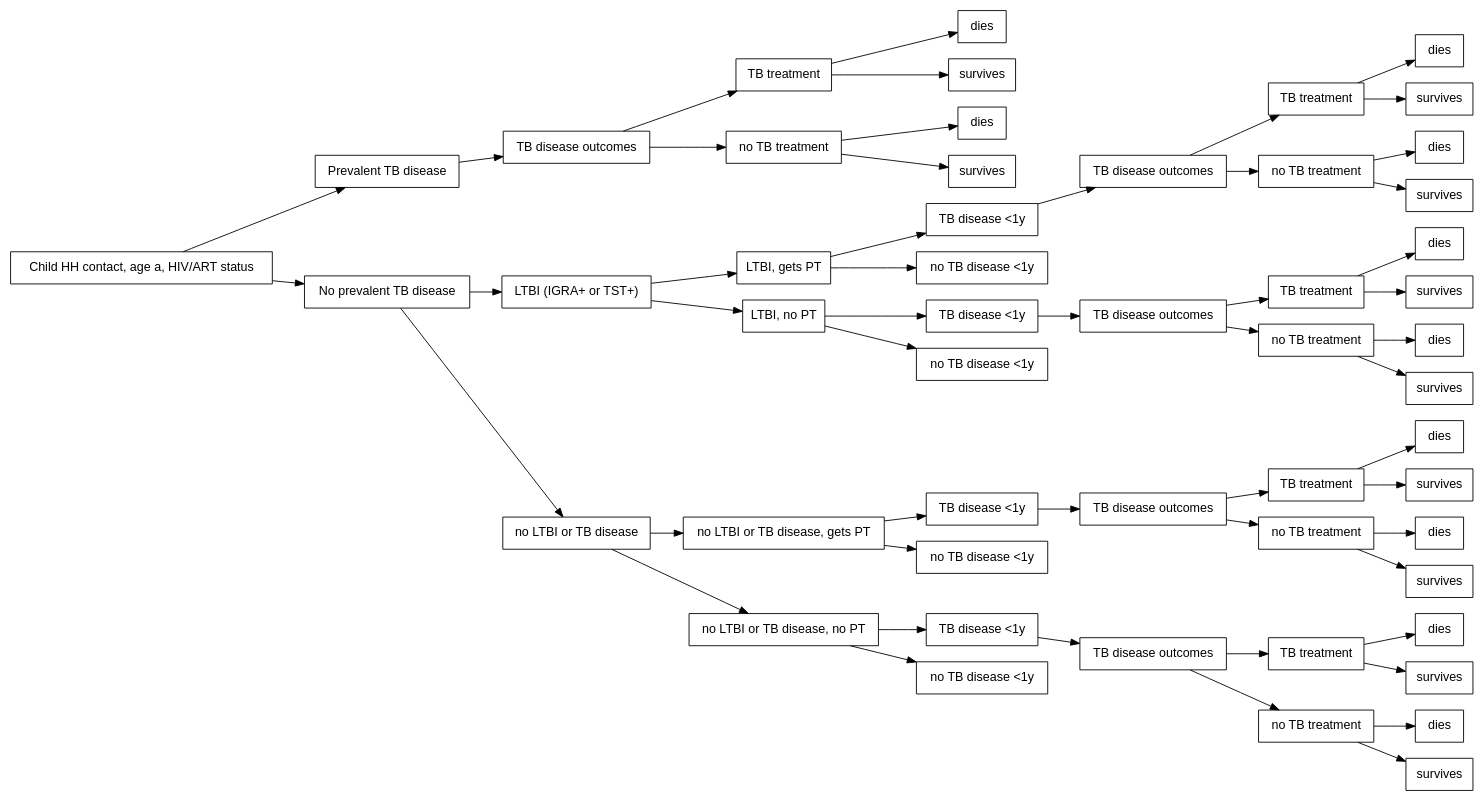
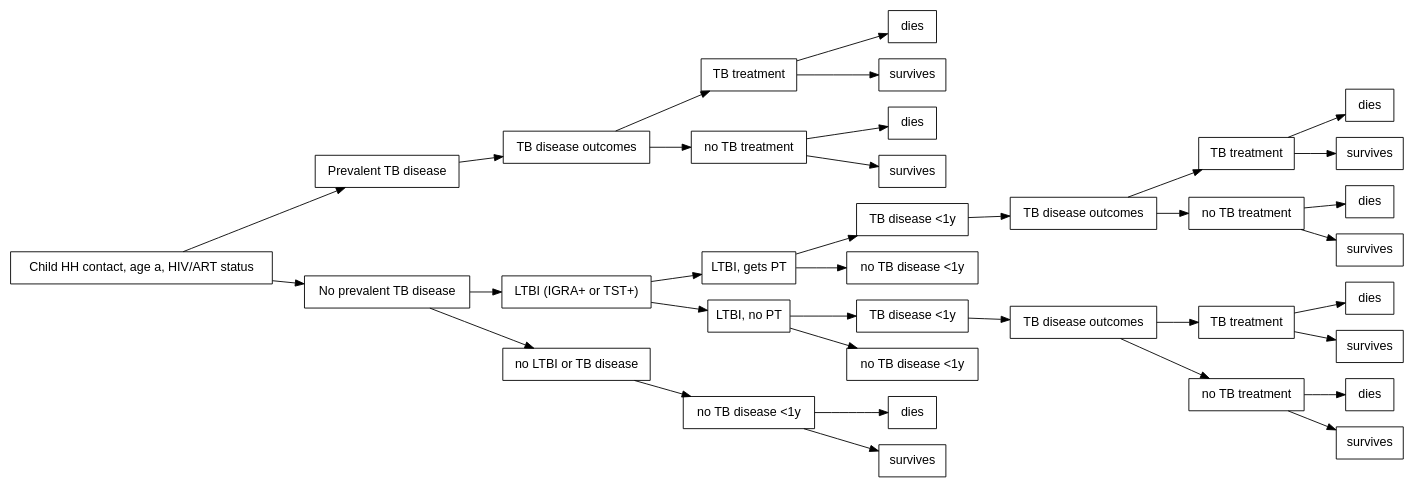
Before and after one commit to petedodd/PINT: the diagram in graphs/3simpletree.dot, drawn with Graphviz.

Commit message:
Simplified Fig1

```diff
--- a/graphs/3simpletree.dot
+++ b/graphs/3simpletree.dot
@@ -1,110 +1,77 @@
 digraph {
 
 graph [layout = "dot",
        rankdir = "LR"]
-
-
+// generated automatically by HEdtree; edited by hand to simplify turned off subtree
+       // nodes
   "1" [label = "Child HH contact, age a, HIV/ART status", fontname = "helvetica", shape = "box", fillcolor = "#FFFFFF", fontcolor = "#000000"] 
   "2" [label = "Prevalent TB disease", fontname = "helvetica", shape = "box", fillcolor = "#FFFFFF", fontcolor = "#000000"] 
   "3" [label = "TB disease outcomes", fontname = "helvetica", shape = "box", fillcolor = "#FFFFFF", fontcolor = "#000000"] 
   "4" [label = "TB treatment", fontname = "helvetica", shape = "box", fillcolor = "#FFFFFF", fontcolor = "#000000"] 
   "5" [label = "dies", fontname = "helvetica", shape = "box", fillcolor = "#FFFFFF", fontcolor = "#000000"] 
   "6" [label = "survives", fontname = "helvetica", shape = "box", fillcolor = "#FFFFFF", fontcolor = "#000000"] 
   "7" [label = "no TB treatment", fontname = "helvetica", shape = "box", fillcolor = "#FFFFFF", fontcolor = "#000000"] 
   "8" [label = "dies", fontname = "helvetica", shape = "box", fillcolor = "#FFFFFF", fontcolor = "#000000"] 
   "9" [label = "survives", fontname = "helvetica", shape = "box", fillcolor = "#FFFFFF", fontcolor = "#000000"] 
   "10" [label = "No prevalent TB disease", fontname = "helvetica", shape = "box", fillcolor = "#FFFFFF", fontcolor = "#000000"] 
   "11" [label = "LTBI (IGRA+ or TST+)", fontname = "helvetica", shape = "box", fillcolor = "#FFFFFF", fontcolor = "#000000"] 
   "12" [label = "LTBI, gets PT", fontname = "helvetica", shape = "box", fillcolor = "#FFFFFF", fontcolor = "#000000"] 
   "13" [label = "TB disease <1y", fontname = "helvetica", shape = "box", fillcolor = "#FFFFFF", fontcolor = "#000000"] 
   "14" [label = "TB disease outcomes", fontname = "helvetica", shape = "box", fillcolor = "#FFFFFF", fontcolor = "#000000"] 
   "15" [label = "TB treatment", fontname = "helvetica", shape = "box", fillcolor = "#FFFFFF", fontcolor = "#000000"] 
   "16" [label = "dies", fontname = "helvetica", shape = "box", fillcolor = "#FFFFFF", fontcolor = "#000000"] 
   "17" [label = "survives", fontname = "helvetica", shape = "box", fillcolor = "#FFFFFF", fontcolor = "#000000"] 
   "18" [label = "no TB treatment", fontname = "helvetica", shape = "box", fillcolor = "#FFFFFF", fontcolor = "#000000"] 
   "19" [label = "dies", fontname = "helvetica", shape = "box", fillcolor = "#FFFFFF", fontcolor = "#000000"] 
   "20" [label = "survives", fontname = "helvetica", shape = "box", fillcolor = "#FFFFFF", fontcolor = "#000000"] 
   "21" [label = "no TB disease <1y", fontname = "helvetica", shape = "box", fillcolor = "#FFFFFF", fontcolor = "#000000"] 
   "22" [label = "LTBI, no PT", fontname = "helvetica", shape = "box", fillcolor = "#FFFFFF", fontcolor = "#000000"] 
   "23" [label = "TB disease <1y", fontname = "helvetica", shape = "box", fillcolor = "#FFFFFF", fontcolor = "#000000"] 
   "24" [label = "TB disease outcomes", fontname = "helvetica", shape = "box", fillcolor = "#FFFFFF", fontcolor = "#000000"] 
   "25" [label = "TB treatment", fontname = "helvetica", shape = "box", fillcolor = "#FFFFFF", fontcolor = "#000000"] 
   "26" [label = "dies", fontname = "helvetica", shape = "box", fillcolor = "#FFFFFF", fontcolor = "#000000"] 
   "27" [label = "survives", fontname = "helvetica", shape = "box", fillcolor = "#FFFFFF", fontcolor = "#000000"] 
   "28" [label = "no TB treatment", fontname = "helvetica", shape = "box", fillcolor = "#FFFFFF", fontcolor = "#000000"] 
   "29" [label = "dies", fontname = "helvetica", shape = "box", fillcolor = "#FFFFFF", fontcolor = "#000000"] 
   "30" [label = "survives", fontname = "helvetica", shape = "box", fillcolor = "#FFFFFF", fontcolor = "#000000"] 
   "31" [label = "no TB disease <1y", fontname = "helvetica", shape = "box", fillcolor = "#FFFFFF", fontcolor = "#000000"] 
   "32" [label = "no LTBI or TB disease", fontname = "helvetica", shape = "box", fillcolor = "#FFFFFF", fontcolor = "#000000"] 
-  "33" [label = "no LTBI or TB disease, gets PT", fontname = "helvetica", shape = "box", fillcolor = "#FFFFFF", fontcolor = "#000000"] 
-  "34" [label = "TB disease <1y", fontname = "helvetica", shape = "box", fillcolor = "#FFFFFF", fontcolor = "#000000"] 
-  "35" [label = "TB disease outcomes", fontname = "helvetica", shape = "box", fillcolor = "#FFFFFF", fontcolor = "#000000"] 
-  "36" [label = "TB treatment", fontname = "helvetica", shape = "box", fillcolor = "#FFFFFF", fontcolor = "#000000"] 
   "37" [label = "dies", fontname = "helvetica", shape = "box", fillcolor = "#FFFFFF", fontcolor = "#000000"] 
   "38" [label = "survives", fontname = "helvetica", shape = "box", fillcolor = "#FFFFFF", fontcolor = "#000000"] 
-  "39" [label = "no TB treatment", fontname = "helvetica", shape = "box", fillcolor = "#FFFFFF", fontcolor = "#000000"] 
-  "40" [label = "dies", fontname = "helvetica", shape = "box", fillcolor = "#FFFFFF", fontcolor = "#000000"] 
-  "41" [label = "survives", fontname = "helvetica", shape = "box", fillcolor = "#FFFFFF", fontcolor = "#000000"] 
   "42" [label = "no TB disease <1y", fontname = "helvetica", shape = "box", fillcolor = "#FFFFFF", fontcolor = "#000000"] 
-  "43" [label = "no LTBI or TB disease, no PT", fontname = "helvetica", shape = "box", fillcolor = "#FFFFFF", fontcolor = "#000000"] 
-  "44" [label = "TB disease <1y", fontname = "helvetica", shape = "box", fillcolor = "#FFFFFF", fontcolor = "#000000"] 
-  "45" [label = "TB disease outcomes", fontname = "helvetica", shape = "box", fillcolor = "#FFFFFF", fontcolor = "#000000"] 
-  "46" [label = "TB treatment", fontname = "helvetica", shape = "box", fillcolor = "#FFFFFF", fontcolor = "#000000"] 
-  "47" [label = "dies", fontname = "helvetica", shape = "box", fillcolor = "#FFFFFF", fontcolor = "#000000"] 
-  "48" [label = "survives", fontname = "helvetica", shape = "box", fillcolor = "#FFFFFF", fontcolor = "#000000"] 
-  "49" [label = "no TB treatment", fontname = "helvetica", shape = "box", fillcolor = "#FFFFFF", fontcolor = "#000000"] 
-  "50" [label = "dies", fontname = "helvetica", shape = "box", fillcolor = "#FFFFFF", fontcolor = "#000000"] 
-  "51" [label = "survives", fontname = "helvetica", shape = "box", fillcolor = "#FFFFFF", fontcolor = "#000000"] 
-  "52" [label = "no TB disease <1y", fontname = "helvetica", shape = "box", fillcolor = "#FFFFFF", fontcolor = "#000000"] 
+  // edges
 "1"->"2" [id = "1", fontname = "helvetica", fontname = "helvetica"] 
 "1"->"10" [id = "2", fontname = "helvetica", fontname = "helvetica"] 
 "2"->"3" [id = "3", fontname = "helvetica", fontname = "helvetica"] 
 "10"->"11" [id = "4", fontname = "helvetica", fontname = "helvetica"] 
 "10"->"32" [id = "5", fontname = "helvetica", fontname = "helvetica"] 
 "3"->"4" [id = "6", fontname = "helvetica", fontname = "helvetica"] 
 "3"->"7" [id = "7", fontname = "helvetica", fontname = "helvetica"] 
 "11"->"12" [id = "8", fontname = "helvetica", fontname = "helvetica"] 
-"11"->"22" [id = "9", fontname = "helvetica", fontname = "helvetica"] 
-"32"->"33" [id = "10", fontname = "helvetica", fontname = "helvetica"] 
-"32"->"43" [id = "11", fontname = "helvetica", fontname = "helvetica"] 
+"11"->"22" [id = "9", fontname = "helvetica", fontname = "helvetica"]
+"32"->"42" [id = "10", fontname = "helvetica", fontname = "helvetica"]
+"42"->"38" [id = "10", fontname = "helvetica", fontname = "helvetica"]
+"42"->"37" [id = "10", fontname = "helvetica", fontname = "helvetica"] 
 "4"->"5" [id = "12", fontname = "helvetica", fontname = "helvetica"] 
 "4"->"6" [id = "13", fontname = "helvetica", fontname = "helvetica"] 
 "7"->"8" [id = "14", fontname = "helvetica", fontname = "helvetica"] 
 "7"->"9" [id = "15", fontname = "helvetica", fontname = "helvetica"] 
 "12"->"13" [id = "16", fontname = "helvetica", fontname = "helvetica"] 
 "12"->"21" [id = "17", fontname = "helvetica", fontname = "helvetica"] 
 "22"->"23" [id = "18", fontname = "helvetica", fontname = "helvetica"] 
 "22"->"31" [id = "19", fontname = "helvetica", fontname = "helvetica"] 
-"33"->"34" [id = "20", fontname = "helvetica", fontname = "helvetica"] 
-"33"->"42" [id = "21", fontname = "helvetica", fontname = "helvetica"] 
-"43"->"44" [id = "22", fontname = "helvetica", fontname = "helvetica"] 
-"43"->"52" [id = "23", fontname = "helvetica", fontname = "helvetica"] 
 "13"->"14" [id = "24", fontname = "helvetica", fontname = "helvetica"] 
 "23"->"24" [id = "25", fontname = "helvetica", fontname = "helvetica"] 
-"34"->"35" [id = "26", fontname = "helvetica", fontname = "helvetica"] 
-"44"->"45" [id = "27", fontname = "helvetica", fontname = "helvetica"] 
 "14"->"15" [id = "28", fontname = "helvetica", fontname = "helvetica"] 
 "14"->"18" [id = "29", fontname = "helvetica", fontname = "helvetica"] 
 "24"->"25" [id = "30", fontname = "helvetica", fontname = "helvetica"] 
 "24"->"28" [id = "31", fontname = "helvetica", fontname = "helvetica"] 
-"35"->"36" [id = "32", fontname = "helvetica", fontname = "helvetica"] 
-"35"->"39" [id = "33", fontname = "helvetica", fontname = "helvetica"] 
-"45"->"46" [id = "34", fontname = "helvetica", fontname = "helvetica"] 
-"45"->"49" [id = "35", fontname = "helvetica", fontname = "helvetica"] 
 "15"->"16" [id = "36", fontname = "helvetica", fontname = "helvetica"] 
 "15"->"17" [id = "37", fontname = "helvetica", fontname = "helvetica"] 
 "18"->"19" [id = "38", fontname = "helvetica", fontname = "helvetica"] 
 "18"->"20" [id = "39", fontname = "helvetica", fontname = "helvetica"] 
 "25"->"26" [id = "40", fontname = "helvetica", fontname = "helvetica"] 
 "25"->"27" [id = "41", fontname = "helvetica", fontname = "helvetica"] 
 "28"->"29" [id = "42", fontname = "helvetica", fontname = "helvetica"] 
 "28"->"30" [id = "43", fontname = "helvetica", fontname = "helvetica"] 
-"36"->"37" [id = "44", fontname = "helvetica", fontname = "helvetica"] 
-"36"->"38" [id = "45", fontname = "helvetica", fontname = "helvetica"] 
-"39"->"40" [id = "46", fontname = "helvetica", fontname = "helvetica"] 
-"39"->"41" [id = "47", fontname = "helvetica", fontname = "helvetica"] 
-"46"->"47" [id = "48", fontname = "helvetica", fontname = "helvetica"] 
-"46"->"48" [id = "49", fontname = "helvetica", fontname = "helvetica"] 
-"49"->"50" [id = "50", fontname = "helvetica", fontname = "helvetica"] 
-"49"->"51" [id = "51", fontname = "helvetica", fontname = "helvetica"] 
 }
```
